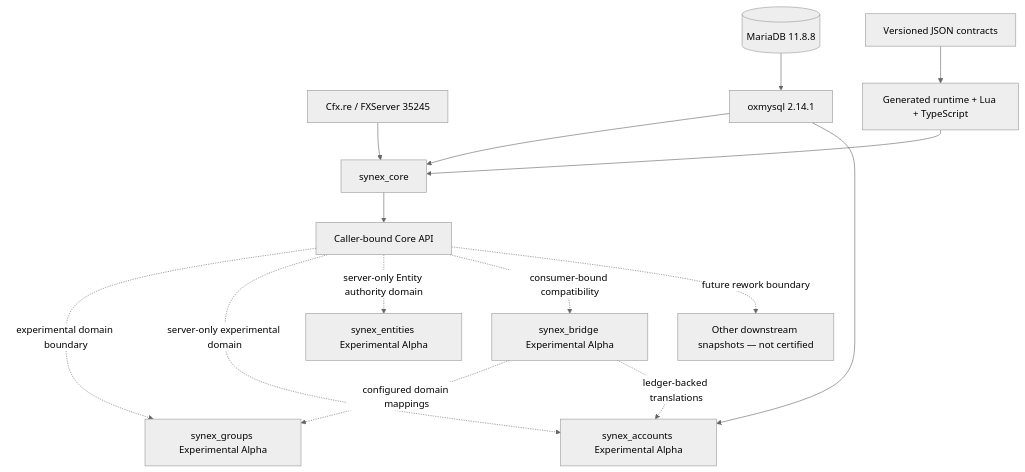
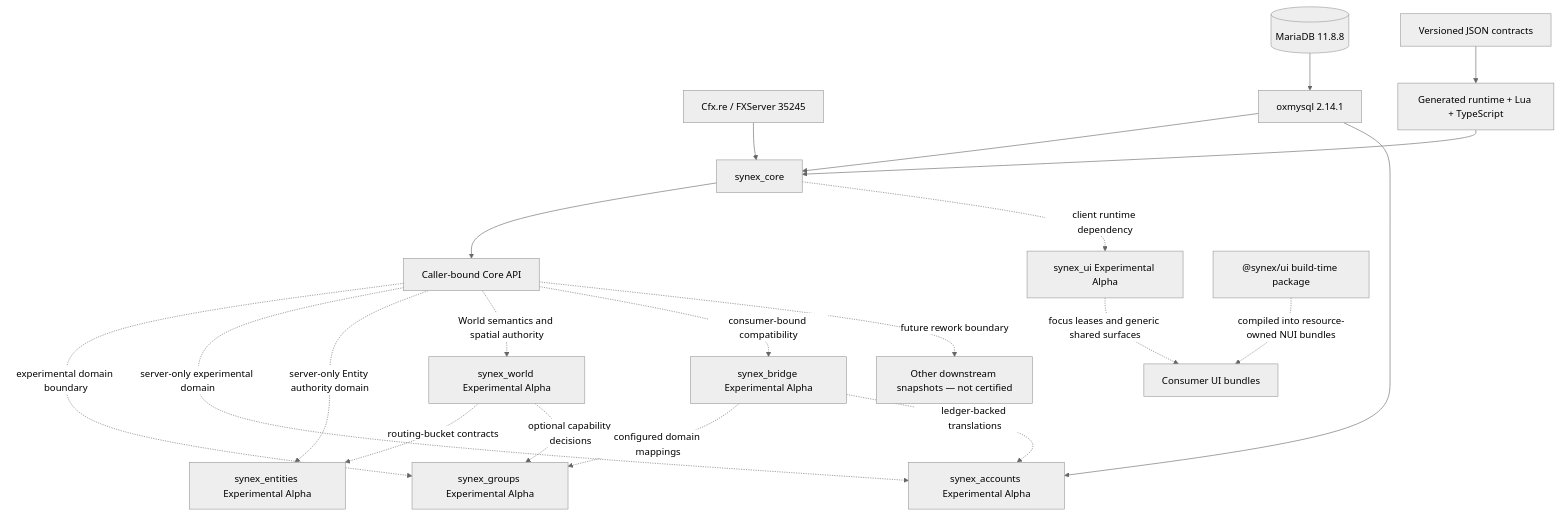
Before and after one commit to PixelGG/Synex_Framework: the diagram in README.md, drawn with Mermaid (neutral theme). The commit also changed other lines of this file and 300 other files, not shown here.

First line of the commit message:
feat(framework): add world authority and shared UI foundation

````diff
--- a/README.md
+++ b/README.md
@@ -157,18 +163,24 @@
 ```mermaid
 flowchart TB
     CFX["Cfx.re / FXServer 35245"] --> CORE["synex_core"]
     DB[("MariaDB 11.8.8")] --> OX["oxmysql 2.14.1"]
     OX --> CORE
 
     CONTRACTS["Versioned JSON contracts"] --> GENERATED["Generated runtime + Lua + TypeScript"]
     GENERATED --> CORE
     CORE --> API["Caller-bound Core API"]
     API -. "experimental domain boundary" .-> GROUPS["synex_groups Experimental Alpha"]
     API -. "server-only experimental domain" .-> ACCOUNTS["synex_accounts Experimental Alpha"]
     API -. "server-only Entity authority domain" .-> ENTITIES["synex_entities Experimental Alpha"]
+    API -. "World semantics and spatial authority" .-> WORLD["synex_world Experimental Alpha"]
+    WORLD -. "routing-bucket contracts" .-> ENTITIES
+    WORLD -. "optional capability decisions" .-> GROUPS
     API -. "consumer-bound compatibility" .-> BRIDGE["synex_bridge Experimental Alpha"]
+    CORE -. "client runtime dependency" .-> UI["synex_ui Experimental Alpha"]
+    UILIB["@synex/ui build-time package"] -. "compiled into resource-owned NUI bundles" .-> CONSUMERUI["Consumer UI bundles"]
+    UI -. "focus leases and generic shared surfaces" .-> CONSUMERUI
     OX --> ACCOUNTS
     BRIDGE -. "configured domain mappings" .-> GROUPS
     BRIDGE -. "ledger-backed translations" .-> ACCOUNTS
     API -. "future rework boundary" .-> REWORK["Other downstream snapshots — not certified"]
 ```
````
